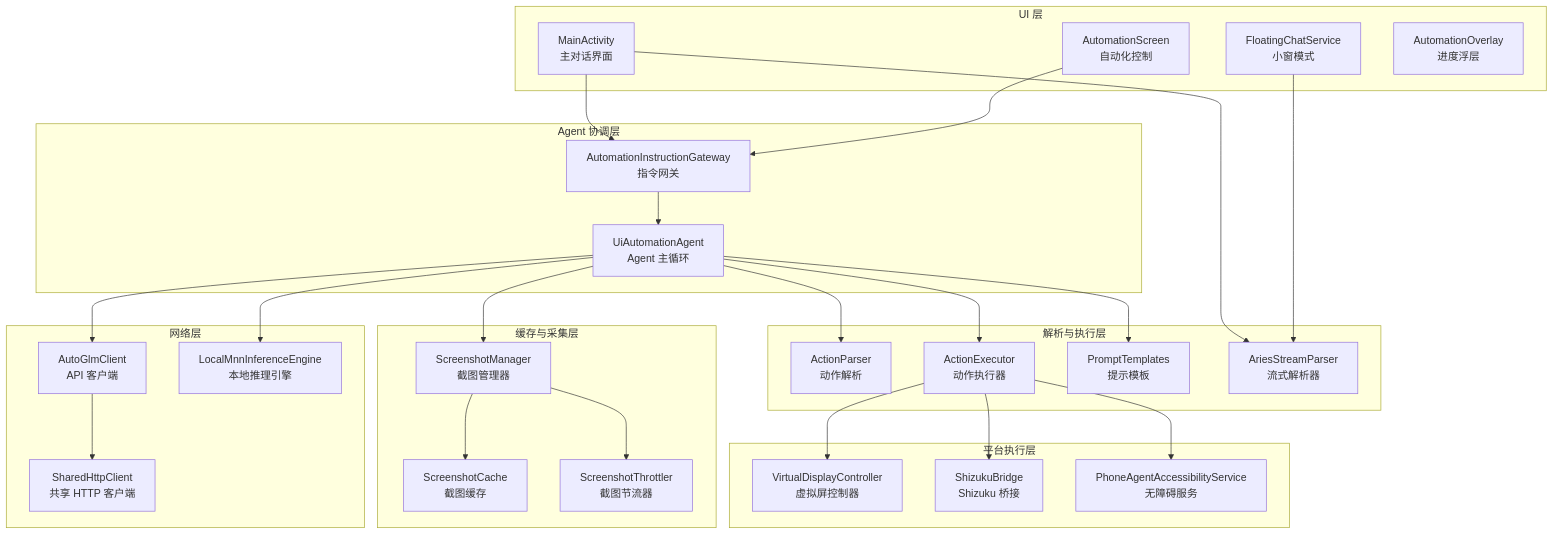
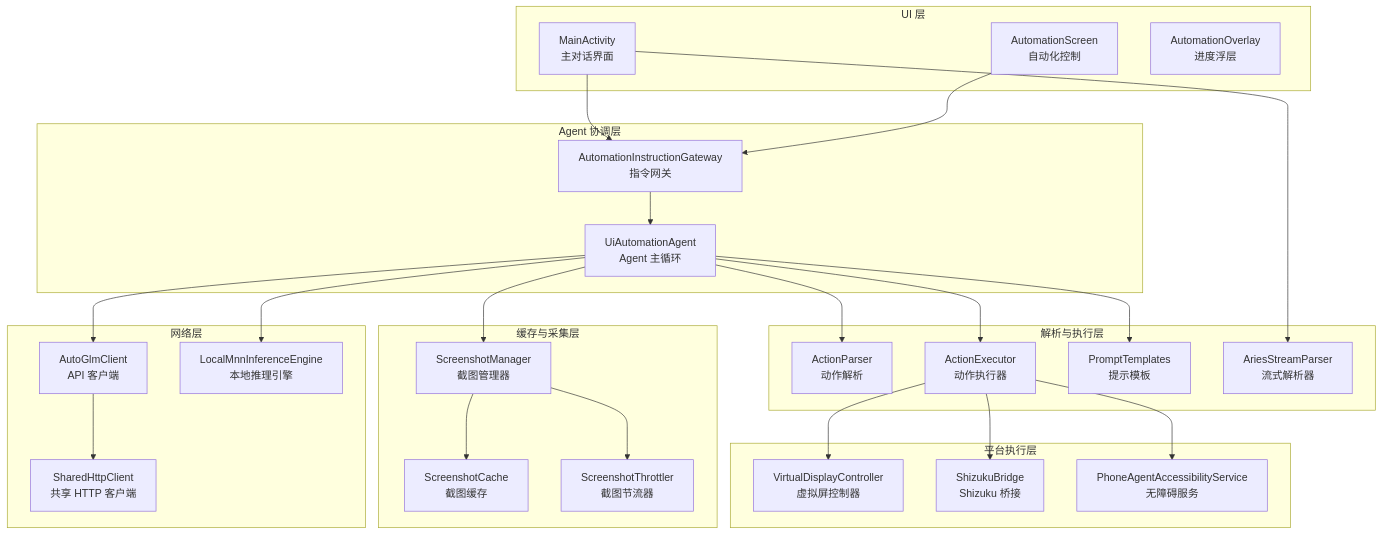
The first of 10 diagrams in Aries-site/docs/技术架构/数据流与核心链路.md (ZG0704666/Aries-AI), drawn with Mermaid before and after one commit. The commit also changed other lines of this file and 45 other files, not shown here.

````diff
--- a/Aries-site/docs/技术架构/数据流与核心链路.md
+++ b/Aries-site/docs/技术架构/数据流与核心链路.md
@@ -22,57 +22,55 @@
 ```mermaid
 flowchart TD
     subgraph UI["UI 层"]
         MainActivity["MainActivity\n主对话界面"]
-        FloatingChat["FloatingChatService\n小窗模式"]
         AutomationScreen["AutomationScreen\n自动化控制"]
         AutomationOverlay["AutomationOverlay\n进度浮层"]
     end
 
     subgraph Agent["Agent 协调层"]
         UiAutomationAgent["UiAutomationAgent\nAgent 主循环"]
         AGI["AutomationInstructionGateway\n指令网关"]
     end
 
     subgraph ParseExec["解析与执行层"]
         ActionParser["ActionParser\n动作解析"]
         ActionExecutor["ActionExecutor\n动作执行器"]
         PromptTemplates["PromptTemplates\n提示模板"]
         AriesStreamParser["AriesStreamParser\n流式解析器"]
     end
 
     subgraph Cache["缓存与采集层"]
         ScreenshotManager["ScreenshotManager\n截图管理器"]
         ScreenshotCache["ScreenshotCache\n截图缓存"]
         ScreenshotThrottler["ScreenshotThrottler\n截图节流器"]
     end
 
     subgraph Net["网络层"]
         AutoGlmClient["AutoGlmClient\nAPI 客户端"]
         LocalMnnEngine["LocalMnnInferenceEngine\n本地推理引擎"]
         SharedHttpClient["SharedHttpClient\n共享 HTTP 客户端"]
     end
 
     subgraph Platform["平台执行层"]
         VirtualDisplayController["VirtualDisplayController\n虚拟屏控制器"]
         ShizukuBridge["ShizukuBridge\nShizuku 桥接"]
         AccessibilityService["PhoneAgentAccessibilityService\n无障碍服务"]
     end
 
     MainActivity --> AGI
     MainActivity --> AriesStreamParser
     AGI --> UiAutomationAgent
     UiAutomationAgent --> ActionParser
     UiAutomationAgent --> ActionExecutor
     UiAutomationAgent --> ScreenshotManager
     UiAutomationAgent --> PromptTemplates
     ScreenshotManager --> ScreenshotCache
     ScreenshotManager --> ScreenshotThrottler
     UiAutomationAgent --> AutoGlmClient
     UiAutomationAgent --> LocalMnnEngine
     AutoGlmClient --> SharedHttpClient
     ActionExecutor --> VirtualDisplayController
     ActionExecutor --> ShizukuBridge
     ActionExecutor --> AccessibilityService
-    FloatingChat --> AriesStreamParser
     AutomationScreen --> AGI
 ```
````
